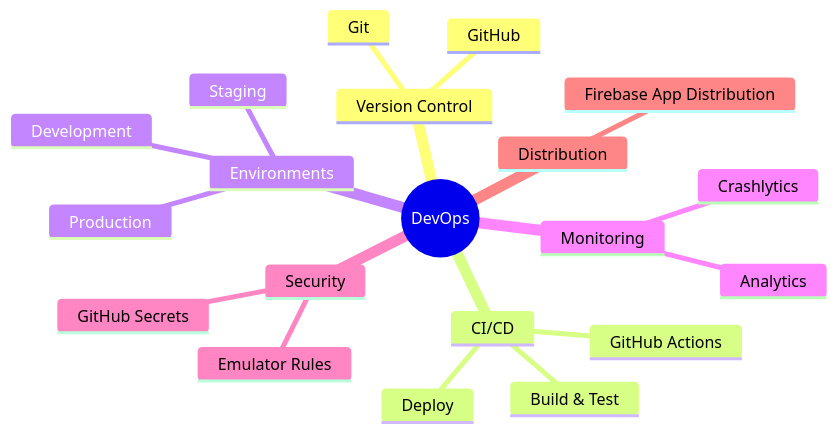
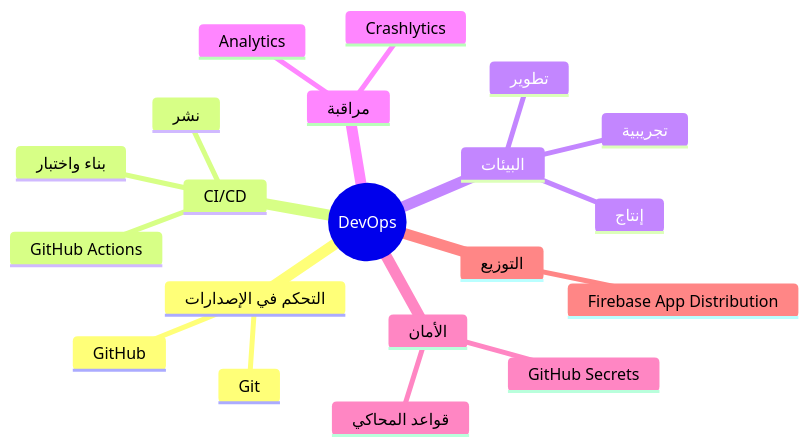
The second of 7 diagrams in docs/12-release-and-devops/12-release-and-devops.md (Ash69g/Documentation-Study), drawn with Mermaid before and after one commit. The commit also changed other lines of this file and 15 other files, not shown here.

````diff
--- a/docs/12-release-and-devops/12-release-and-devops.md
+++ b/docs/12-release-and-devops/12-release-and-devops.md
@@ -38,23 +67,23 @@
 ```mermaid
 mindmap
   root((DevOps))
-    Version Control
+    التحكم في الإصدارات
       Git
       GitHub
     CI/CD
       GitHub Actions
-      Build & Test
-      Deploy
-    Environments
-      Development
-      Staging
-      Production
-    Monitoring
+      بناء واختبار
+      نشر
+    البيئات
+      تطوير
+      تجريبية
+      إنتاج
+    مراقبة
       Crashlytics
       Analytics
-    Security
+    الأمان
       GitHub Secrets
-      Emulator Rules
-    Distribution
+      قواعد المحاكي
+    التوزيع
       Firebase App Distribution
 ```
````
